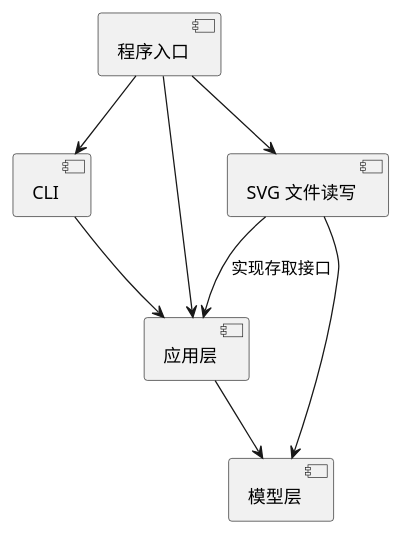
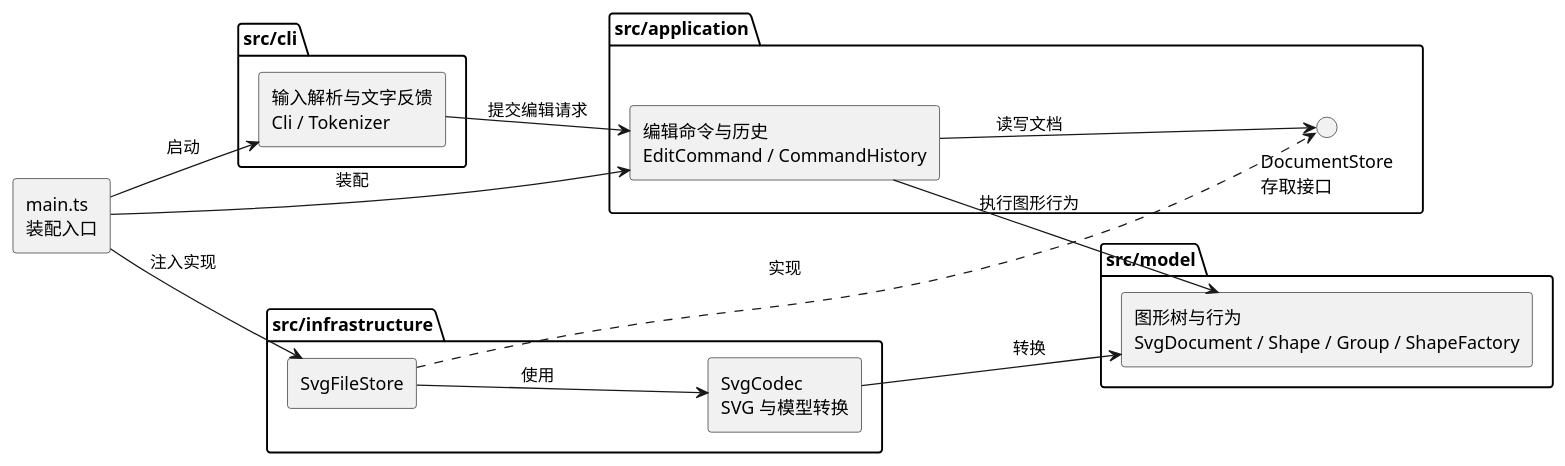
The first of 2 diagrams in doc/README.md (Pianeer888/svg-editor-lab1), drawn with PlantUML before and after one commit. The commit also changed other lines of this file and 6 other files, not shown here.

````diff
--- a/doc/README.md
+++ b/doc/README.md
@@ -19,17 +19,32 @@
 ```plantuml
 @startuml
-component "CLI" as CLI
-component "应用层" as APP
-component "模型层" as MODEL
-component "SVG 文件读写" as INFRA
-component "程序入口" as MAIN
+left to right direction
+skinparam componentStyle rectangle
 
-MAIN --> CLI
-MAIN --> APP
-MAIN --> INFRA
-CLI --> APP
-APP --> MODEL
-INFRA --> APP : 实现存取接口
-INFRA --> MODEL
+component "main.ts\n装配入口" as MAIN
+package "src/cli" {
+  component "输入解析与文字反馈\nCli / Tokenizer" as CLI
+}
+package "src/application" {
+  component "编辑命令与历史\nEditCommand / CommandHistory" as APP
+  interface "DocumentStore\n存取接口" as STORE
+}
+package "src/model" {
+  component "图形树与行为\nSvgDocument / Shape / Group / ShapeFactory" as MODEL
+}
+package "src/infrastructure" {
+  component "SvgFileStore" as FILE
+  component "SvgCodec\nSVG 与模型转换" as CODEC
+}
+
+MAIN --> CLI : 启动
+MAIN --> APP : 装配
+MAIN --> FILE : 注入实现
+CLI --> APP : 提交编辑请求
+APP --> MODEL : 执行图形行为
+APP --> STORE : 读写文档
+FILE ..> STORE : 实现
+FILE --> CODEC : 使用
+CODEC --> MODEL : 转换
 @enduml
 ```
````
